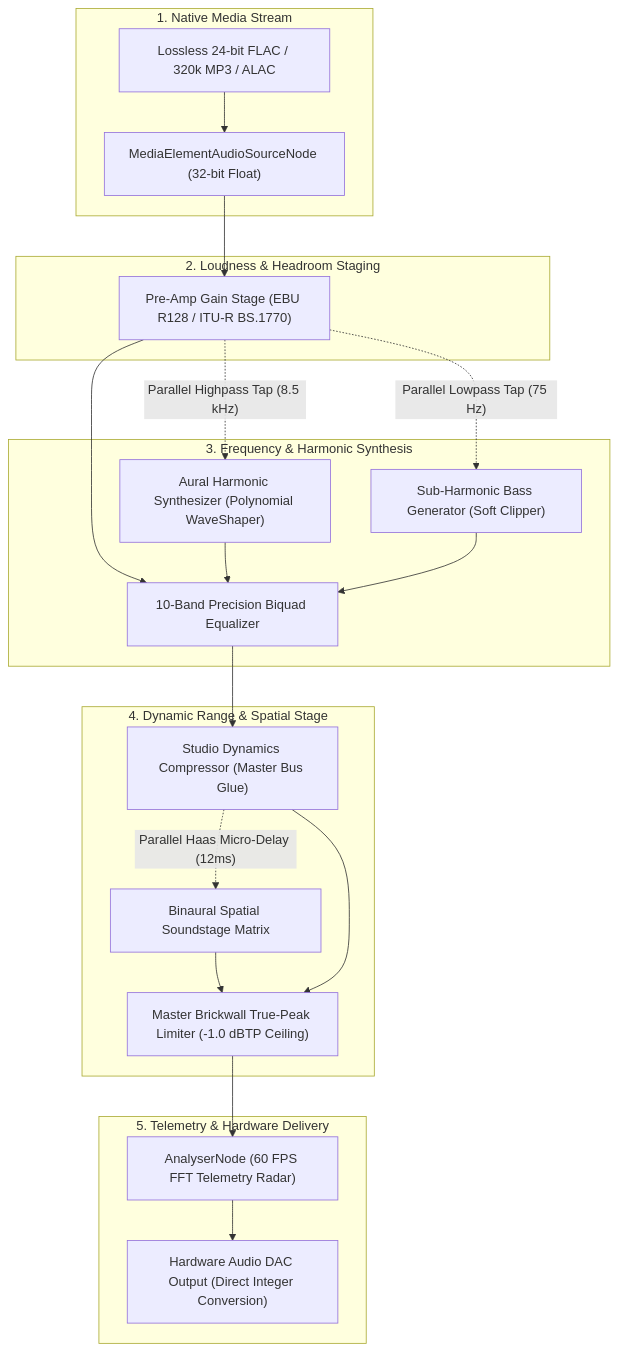
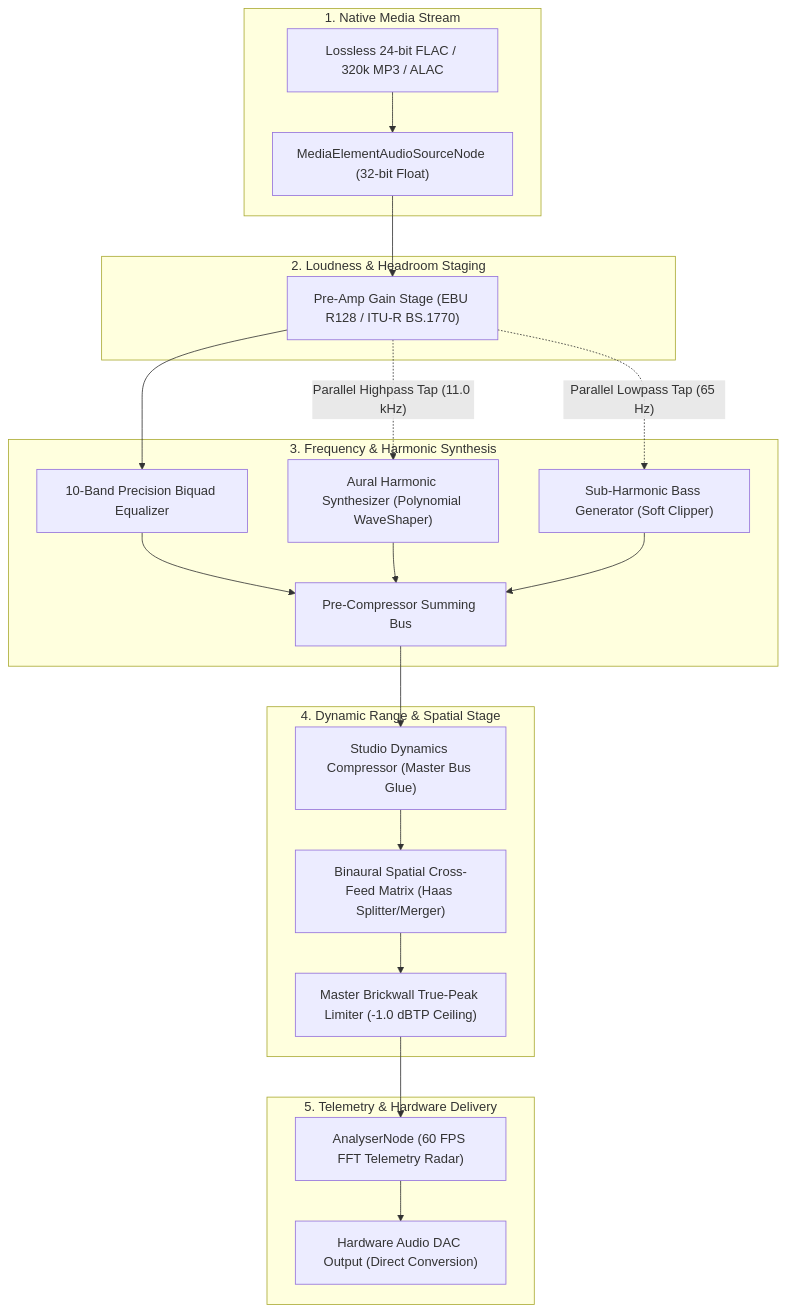
One commit to Neutron-0/nE changed the diagram in docs/AUDIO_ENGINES.md. Above: the diagram before and after it, drawn with Mermaid. The commit also changed other lines of this file and 12 other files, not shown here.

````diff
--- a/docs/AUDIO_ENGINES.md
+++ b/docs/AUDIO_ENGINES.md
@@ -28,30 +29,30 @@
 ```mermaid
 flowchart TD
     subgraph Ingestion ["1. Native Media Stream"]
         A["Lossless 24-bit FLAC / 320k MP3 / ALAC"] --> B["MediaElementAudioSourceNode (32-bit Float)"]
     end
 
     subgraph PreAmpStage ["2. Loudness & Headroom Staging"]
         B --> C["Pre-Amp Gain Stage (EBU R128 / ITU-R BS.1770)"]
     end
 
     subgraph FrequencyShaping ["3. Frequency & Harmonic Synthesis"]
         C --> D["10-Band Precision Biquad Equalizer"]
-        C -.->|"Parallel Highpass Tap (8.5 kHz)"| E["Aural Harmonic Synthesizer (Polynomial WaveShaper)"]
-        C -.->|"Parallel Lowpass Tap (75 Hz)"| F["Sub-Harmonic Bass Generator (Soft Clipper)"]
-        E --> D
-        F --> D
+        C -.->|"Parallel Highpass Tap (11.0 kHz)"| E["Aural Harmonic Synthesizer (Polynomial WaveShaper)"]
+        C -.->|"Parallel Lowpass Tap (65 Hz)"| F["Sub-Harmonic Bass Generator (Soft Clipper)"]
+        D --> BUS["Pre-Compressor Summing Bus"]
+        E --> BUS
+        F --> BUS
     end
 
     subgraph DynamicProcessing ["4. Dynamic Range & Spatial Stage"]
-        D --> G["Studio Dynamics Compressor (Master Bus Glue)"]
-        G -.->|"Parallel Haas Micro-Delay (12ms)"| H["Binaural Spatial Soundstage Matrix"]
+        BUS --> G["Studio Dynamics Compressor (Master Bus Glue)"]
+        G --> H["Binaural Spatial Cross-Feed Matrix (Haas Splitter/Merger)"]
         H --> I["Master Brickwall True-Peak Limiter (-1.0 dBTP Ceiling)"]
-        G --> I
     end
 
     subgraph OutputStage ["5. Telemetry & Hardware Delivery"]
         I --> J["AnalyserNode (60 FPS FFT Telemetry Radar)"]
-        J --> K["Hardware Audio DAC Output (Direct Integer Conversion)"]
+        J --> K["Hardware Audio DAC Output (Direct Conversion)"]
     end
 ```
````
